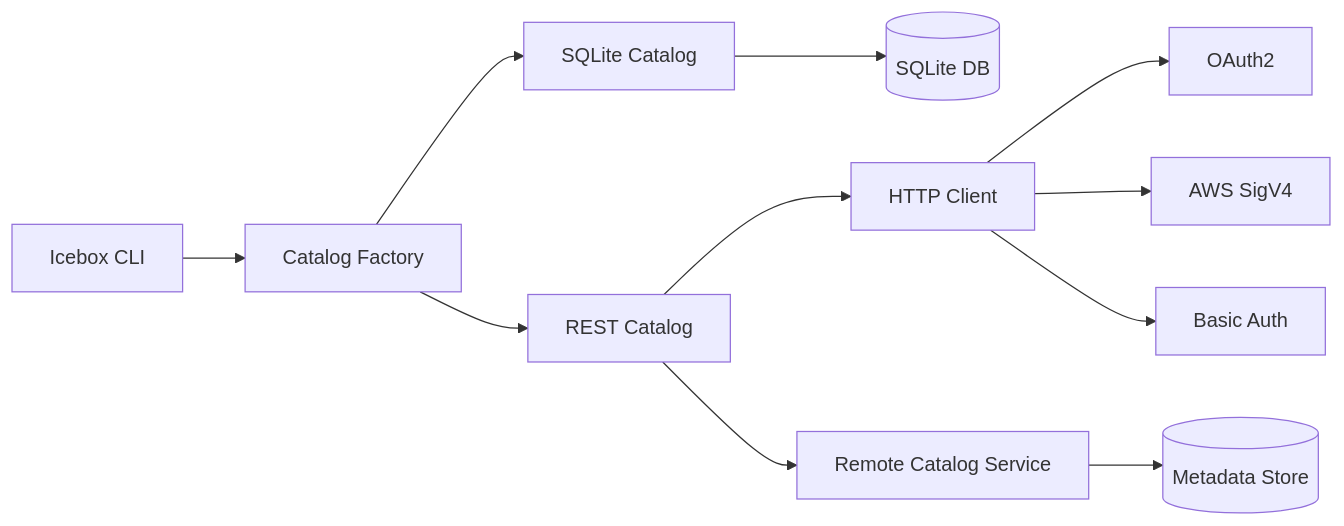
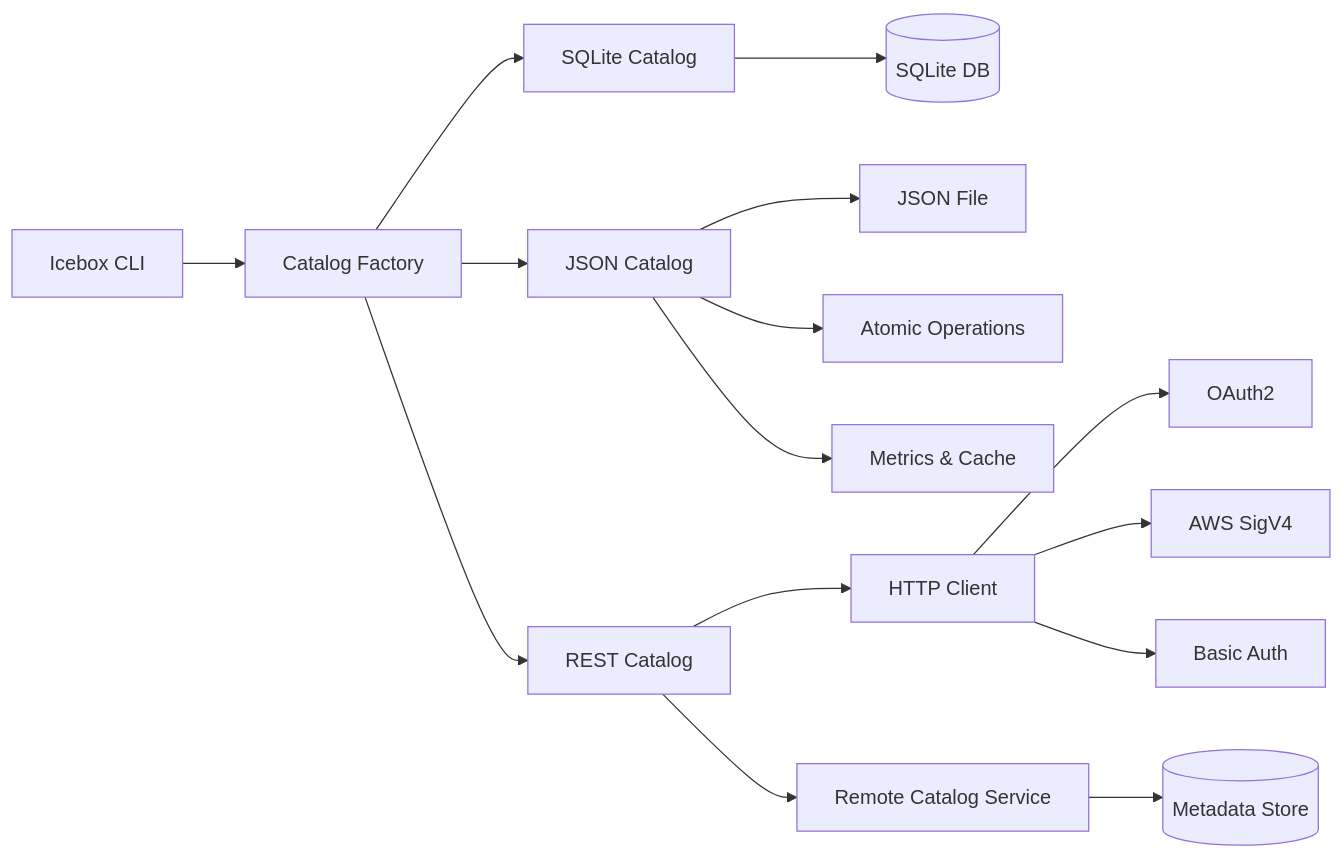
One commit to lmangani/icebox changed the second of 11 diagrams in docs/usage.md. Above: the diagram before and after it, drawn with Mermaid. The commit also changed other lines of this file and 4 other files, not shown here.

Commit message:
Add JSON Catalog Tests

````diff
--- a/docs/usage.md
+++ b/docs/usage.md
@@ -157,15 +240,19 @@
 ```mermaid
 graph LR
     A[Icebox CLI] --> B[Catalog Factory]
     B --> C[SQLite Catalog]
-    B --> D[REST Catalog]
+    B --> D[JSON Catalog]
+    B --> E[REST Catalog]
     
-    C --> E[(SQLite DB)]
-    D --> F[HTTP Client]
-    F --> G[OAuth2]
-    F --> H[AWS SigV4]
-    F --> I[Basic Auth]
+    C --> F[(SQLite DB)]
+    D --> G[JSON File]
+    D --> H[Atomic Operations]
+    D --> I[Metrics & Cache]
+    E --> J[HTTP Client]
+    J --> K[OAuth2]
+    J --> L[AWS SigV4]
+    J --> M[Basic Auth]
     
-    D --> J[Remote Catalog Service]
-    J --> K[(Metadata Store)]
+    E --> N[Remote Catalog Service]
+    N --> O[(Metadata Store)]
 ```
````
